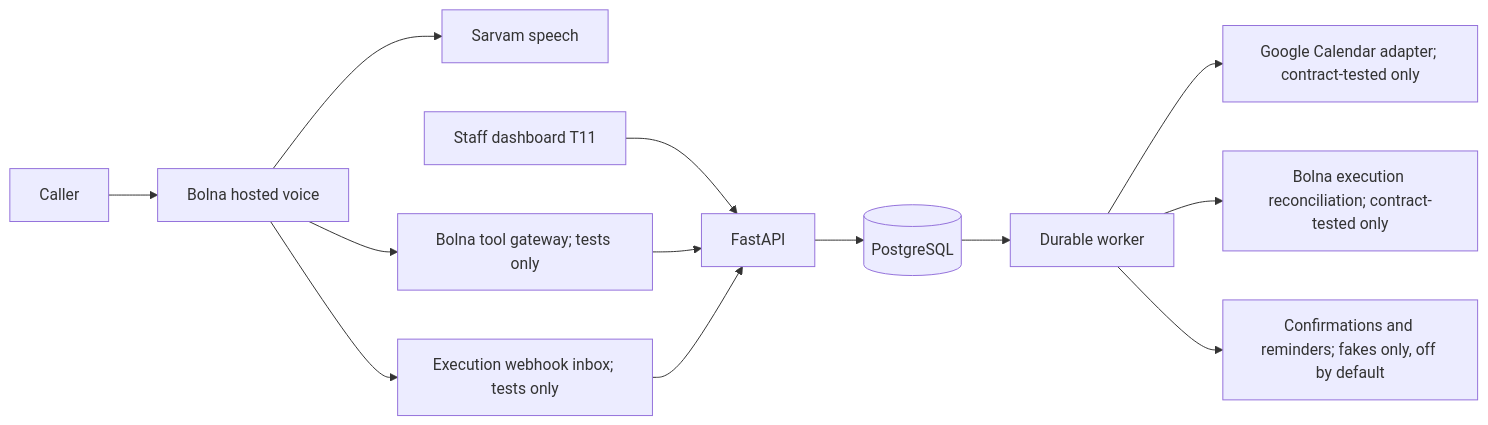
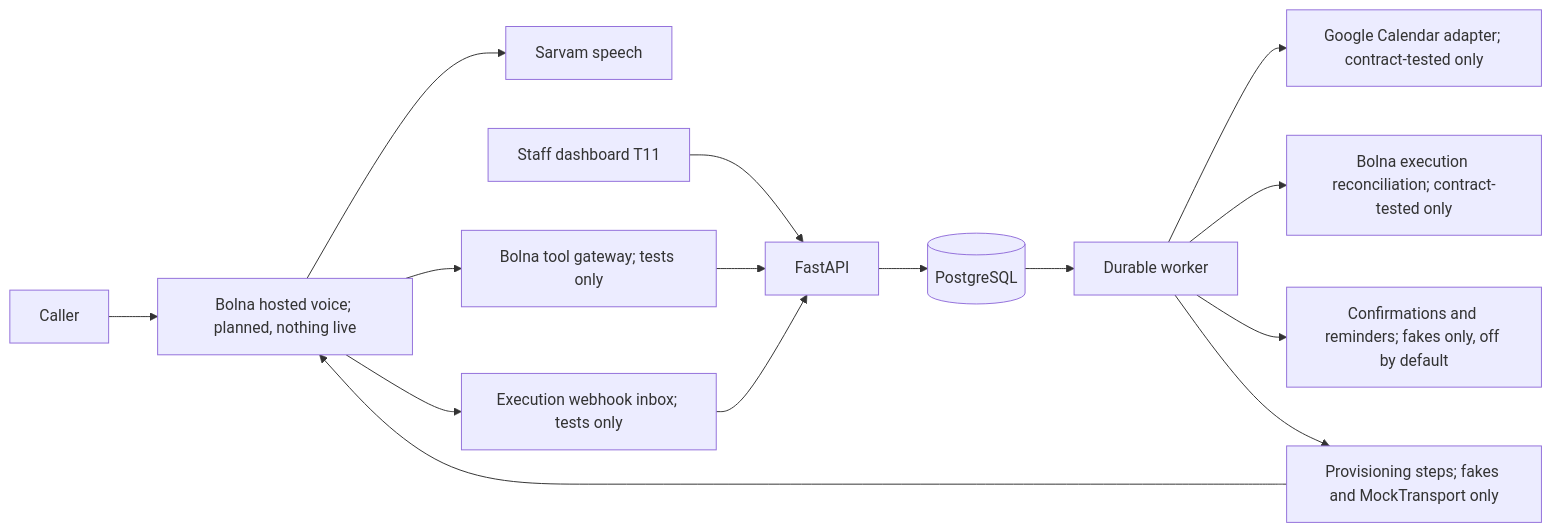
Before and after one commit to arsalannkhann/clinic-frontdesk: the diagram in docs/ARCHITECTURE.md, drawn with Mermaid. The commit also changed other lines of this file and 55 other files, not shown here.

````diff
--- a/docs/ARCHITECTURE.md
+++ b/docs/ARCHITECTURE.md
@@ -5,15 +5,18 @@
 ```mermaid
 flowchart LR
-  Caller --> Bolna[Bolna hosted voice]
+  %% Solid: implemented and tested locally. Labels say how far each boundary is verified.
+  Caller --> Bolna[Bolna hosted voice; planned, nothing live]
   Bolna --> Speech[Sarvam speech]
   Bolna --> Gateway[Bolna tool gateway; tests only]
   Staff[Staff dashboard T11] --> API[FastAPI]
   Gateway --> API
   Bolna --> Webhooks[Execution webhook inbox; tests only]
   Webhooks --> API
   API --> DB[(PostgreSQL)]
   DB --> Worker[Durable worker]
   Worker --> Calendar[Google Calendar adapter; contract-tested only]
   Worker --> Executions[Bolna execution reconciliation; contract-tested only]
   Worker --> Delivery[Confirmations and reminders; fakes only, off by default]
+  Worker --> Provision[Provisioning steps; fakes and MockTransport only]
+  Provision --> Bolna
 ```
````
